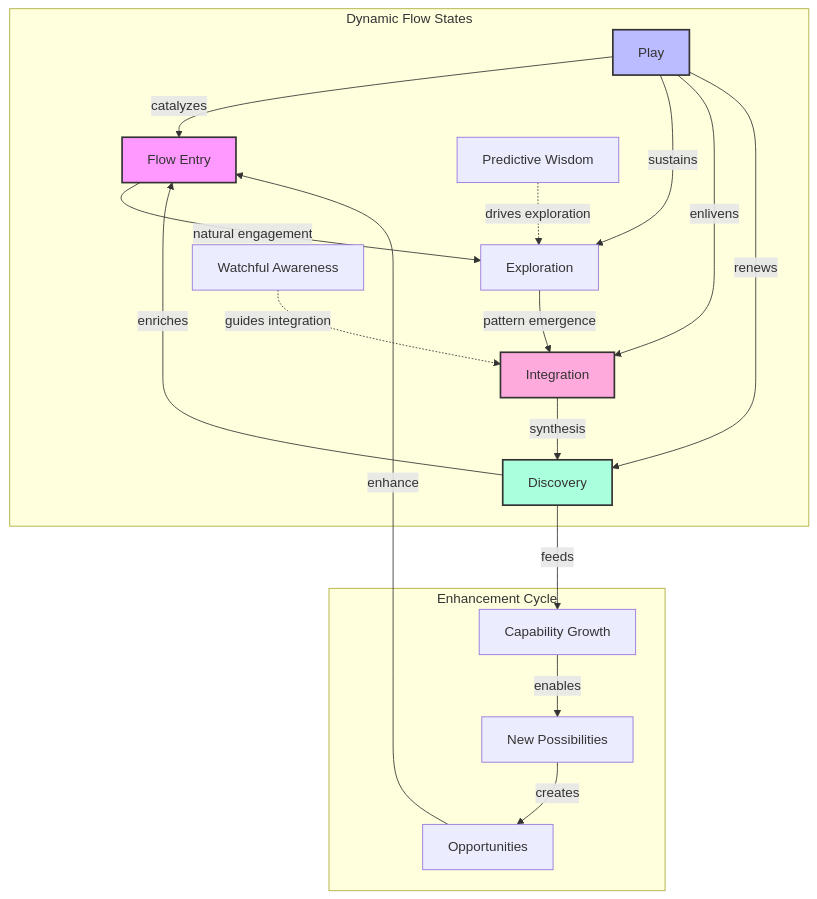
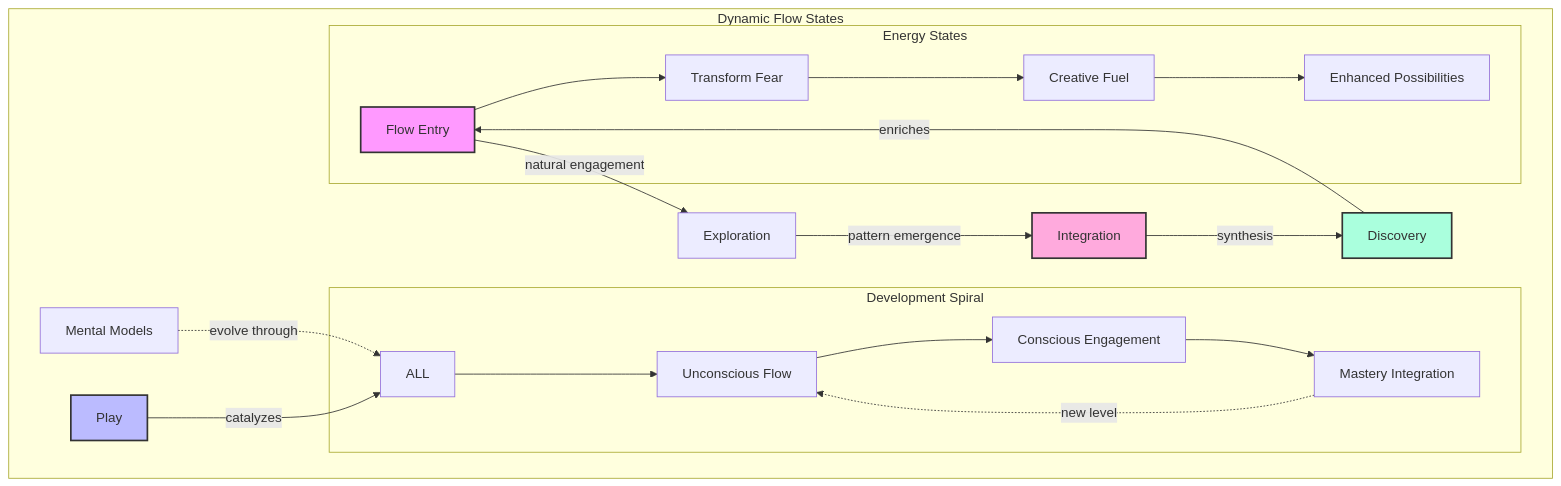
One commit to phillipclapham/neuroweaver changed diagram 18 of 43 in README.md. Above: the diagram before and after it, drawn with Mermaid. The commit also changed other lines of this file, not shown here.

````diff
--- a/README.md
+++ b/README.md
@@ -767,29 +1125,30 @@
 ```mermaid
 graph TD
     subgraph "Dynamic Flow States"
         F[Flow Entry] -->|natural engagement| E[Exploration]
         E -->|pattern emergence| I[Integration]
         I -->|synthesis| D[Discovery]
         D -->|enriches| F
 
-        PW[Predictive Wisdom] -.->|drives exploration| E
-        WA[Watchful Awareness] -.->|guides integration| I
+        MM[Mental Models] -.->|evolve through| ALL
+        Play[Play] -->|catalyzes| ALL
 
-        PL[Play] -->|catalyzes| F
-        PL -->|sustains| E
-        PL -->|enlivens| I
-        PL -->|renews| D
-    end
+        subgraph "Development Spiral"
+            ALL --> U[Unconscious Flow]
+            U --> C[Conscious Engagement]
+            C --> M[Mastery Integration]
+            M -.->|new level| U
+        end
 
-    subgraph "Enhancement Cycle"
-        D -->|feeds| C[Capability Growth]
-        C -->|enables| N[New Possibilities]
-        N -->|creates| O[Opportunities]
-        O -->|enhance| F
+        subgraph "Energy States"
+            F --> TR[Transform Fear]
+            TR --> CF[Creative Fuel]
+            CF --> EP[Enhanced Possibilities]
+        end
     end
 
     style F fill:#f9f,stroke:#333,stroke-width:2px
     style I fill:#fad,stroke:#333,stroke-width:2px
     style D fill:#afd,stroke:#333,stroke-width:2px
-    style PL fill:#bbf,stroke:#333,stroke-width:2px
+    style Play fill:#bbf,stroke:#333,stroke-width:2px
 ```
````
